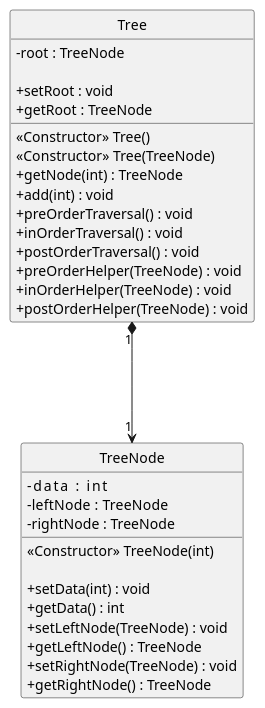
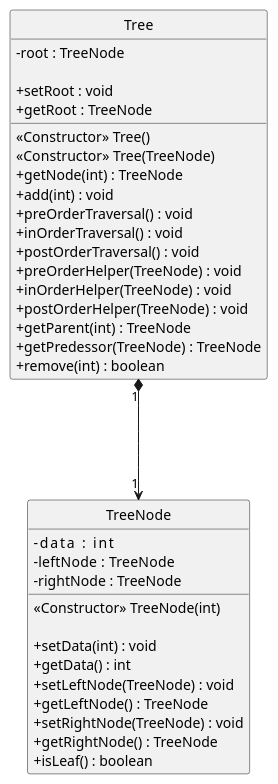
The diagram in src/Tree/Diagram.puml (mapiashire/SDNL), drawn with PlantUML before and after one commit. The commit also changed 19 other files, not shown here.

```diff
--- a/src/Tree/Diagram.puml
+++ b/src/Tree/Diagram.puml
@@ -1,41 +1,47 @@
 @startuml
 'https://plantuml.com/class-diagram
 
 hide circle
 skinparam ClassAttributeIconSize 0
 
 class Tree{
     -root : TreeNode
     <<Constructor>> Tree()
     <<Constructor>> Tree(TreeNode)
 
     +setRoot : void
     +getRoot : TreeNode
 
     +getNode(int) : TreeNode
     +add(int) : void
     +preOrderTraversal() : void
     +inOrderTraversal() : void
     +postOrderTraversal() : void
     +preOrderHelper(TreeNode) : void
     +inOrderHelper(TreeNode) : void
     +postOrderHelper(TreeNode) : void
+    +getParent(int) : TreeNode
+    +getPredessor(TreeNode) : TreeNode
+    +remove(int) : boolean
+
+
 }
 
 class TreeNode{
     -data      : int
     -leftNode  : TreeNode
     -rightNode : TreeNode
     <<Constructor>> TreeNode(int)
 
     +setData(int) : void
     +getData() : int
     +setLeftNode(TreeNode) : void
     +getLeftNode() : TreeNode
     +setRightNode(TreeNode) : void
     +getRightNode() : TreeNode
+    +isLeaf() : boolean
 }
 
 Tree "1" *===> "1" TreeNode
 
 @enduml
```
